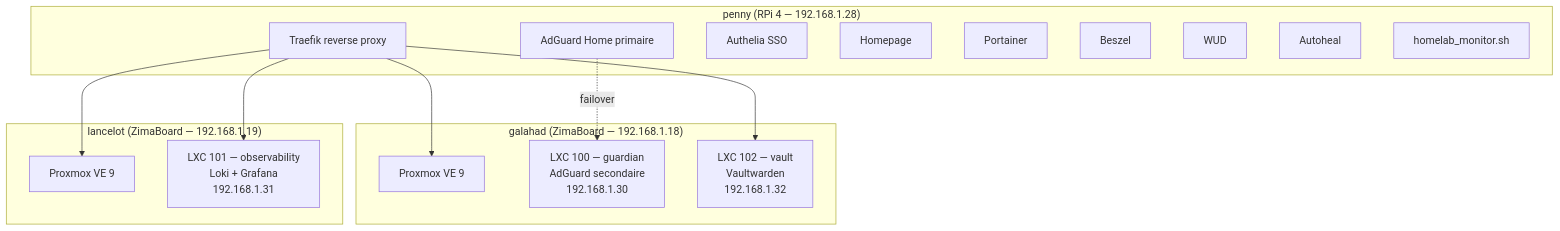
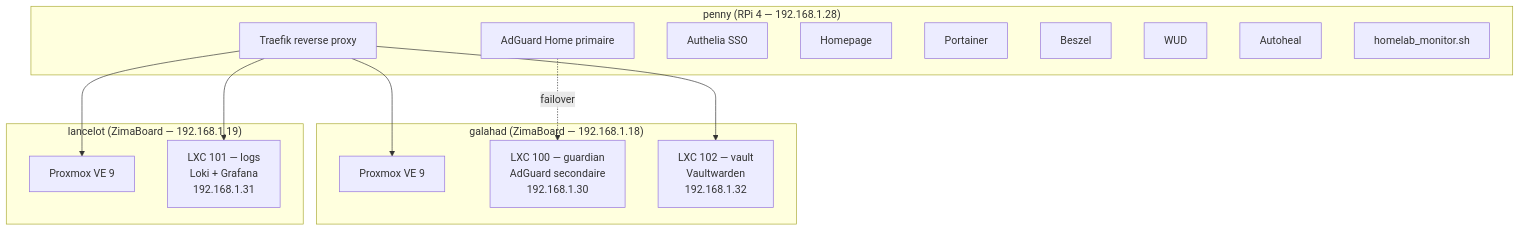
The first of 2 diagrams in docs/infrastructure/break-glass.md (GabinSMD/homelab-doc), drawn with Mermaid before and after one commit. The commit also changed other lines of this file and 8 other files, not shown here.

First line of the commit message:
rename LXC observability -> logs, guardian -> dns-failover

````diff
--- a/docs/infrastructure/break-glass.md
+++ b/docs/infrastructure/break-glass.md
@@ -24,31 +24,31 @@
 ```mermaid
 graph TB
     subgraph penny["penny (RPi 4 — 192.168.1.28)"]
         traefik[Traefik reverse proxy]
         adguard1[AdGuard Home primaire]
         authelia[Authelia SSO]
         homepage[Homepage]
         portainer[Portainer]
         beszel[Beszel]
         wud[WUD]
         autoheal[Autoheal]
         monitor[homelab_monitor.sh]
     end
 
     subgraph galahad["galahad (ZimaBoard — 192.168.1.18)"]
         pve1[Proxmox VE 9]
         lxc100[LXC 100 — guardian<br/>AdGuard secondaire<br/>192.168.1.30]
         lxc102[LXC 102 — vault<br/>Vaultwarden<br/>192.168.1.32]
     end
 
     subgraph lancelot["lancelot (ZimaBoard — 192.168.1.19)"]
         pve2[Proxmox VE 9]
-        lxc101[LXC 101 — observability<br/>Loki + Grafana<br/>192.168.1.31]
+        lxc101[LXC 101 — logs<br/>Loki + Grafana<br/>192.168.1.31]
     end
 
     traefik --> lxc102
     traefik --> lxc101
     traefik --> pve1
     traefik --> pve2
     adguard1 -.->|failover| lxc100
 ```
````
